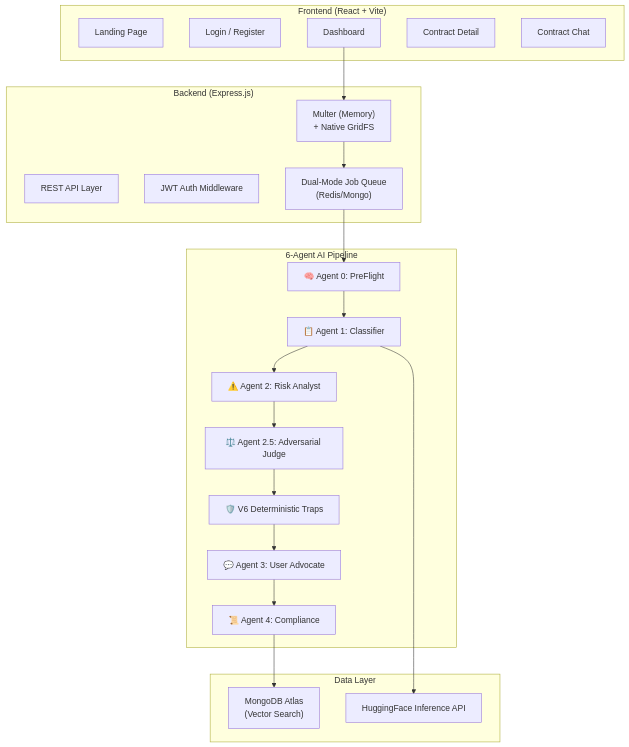
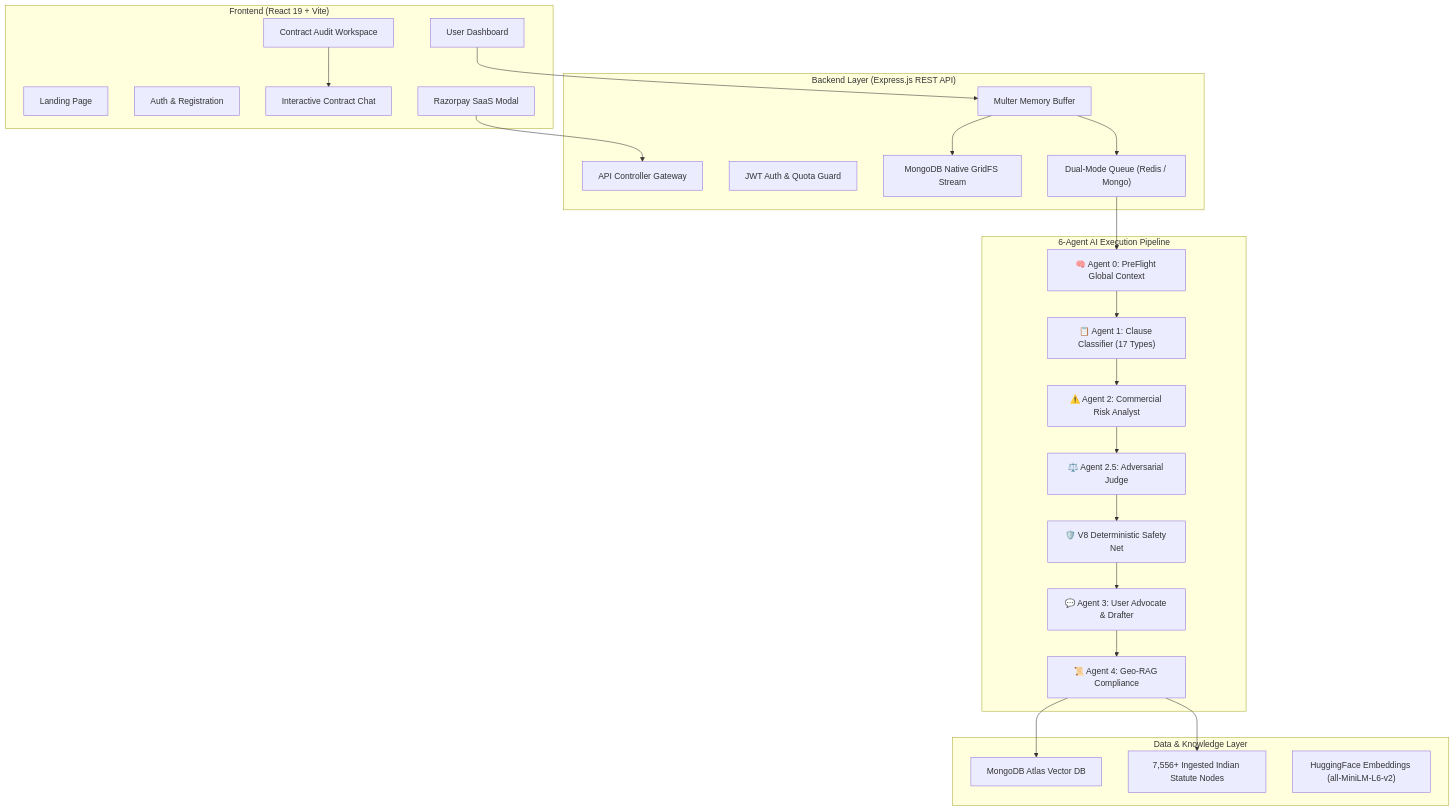
Before and after one commit to Aditya2514/LexGuard: the first of 3 diagrams in README.md, drawn with Mermaid. The commit also changed other lines of this file, not shown here.

Commit message:
docs: update README with modern UI showcase, architecture, and agent pipeline

````diff
--- a/README.md
+++ b/README.md
@@ -34,37 +150,43 @@
 ```mermaid
 graph TB
-    subgraph "Frontend (React + Vite)"
+    subgraph "Frontend (React 19 + Vite)"
         LP["Landing Page"]
-        Login["Login / Register"]
-        Dashboard["Dashboard"]
-        Detail["Contract Detail"]
-        Chat["Contract Chat"]
+        AuthView["Auth & Registration"]
+        Dash["User Dashboard"]
+        Detail["Contract Audit Workspace"]
+        ChatUI["Interactive Contract Chat"]
+        PricingUI["Razorpay SaaS Modal"]
     end
 
-    subgraph "Backend (Express.js)"
-        API["REST API Layer"]
-        Auth["JWT Auth Middleware"]
-        Upload["Multer (Memory)\n+ Native GridFS"]
-        Queue["Dual-Mode Job Queue\n(Redis/Mongo)"]
+    subgraph "Backend Layer (Express.js REST API)"
+        API["API Controller Gateway"]
+        JWT["JWT Auth & Quota Guard"]
+        UploadSvc["Multer Memory Buffer"]
+        GridFS["MongoDB Native GridFS Stream"]
+        QueueSvc["Dual-Mode Queue (Redis / Mongo)"]
     end
 
-    subgraph "6-Agent AI Pipeline"
-        A0["🧠 Agent 0: PreFlight"]
-        A1["📋 Agent 1: Classifier"]
-        A2["⚠️ Agent 2: Risk Analyst"]
+    subgraph "6-Agent AI Execution Pipeline"
+        A0["🧠 Agent 0: PreFlight Global Context"]
+        A1["📋 Agent 1: Clause Classifier (17 Types)"]
+        A2["⚠️ Agent 2: Commercial Risk Analyst"]
         A25["⚖️ Agent 2.5: Adversarial Judge"]
-        V6["🛡️ V6 Deterministic Traps"]
-        A3["💬 Agent 3: User Advocate"]
-        A4["📜 Agent 4: Compliance"]
+        V8["🛡️ V8 Deterministic Safety Net"]
+        A3["💬 Agent 3: User Advocate & Drafter"]
+        A4["📜 Agent 4: Geo-RAG Compliance"]
     end
 
-    subgraph "Data Layer"
-        Mongo["MongoDB Atlas\n(Vector Search)"]
-        LLM["HuggingFace Inference API"]
+    subgraph "Data & Knowledge Layer"
+        Mongo["MongoDB Atlas Vector DB"]
+        Statutes["7,556+ Ingested Indian Statute Nodes"]
+        HF["HuggingFace Embeddings (all-MiniLM-L6-v2)"]
     end
 
-    Dashboard --> Upload --> Queue
-    Queue --> A0 --> A1 --> A2 --> A25 --> V6 --> A3 --> A4
+    Dash --> UploadSvc --> GridFS
+    UploadSvc --> QueueSvc
+    QueueSvc --> A0 --> A1 --> A2 --> A25 --> V8 --> A3 --> A4
+    A4 --> Statutes
     A4 --> Mongo
-    A1 --> LLM
+    Detail --> ChatUI
+    PricingUI --> API
 ```
````
